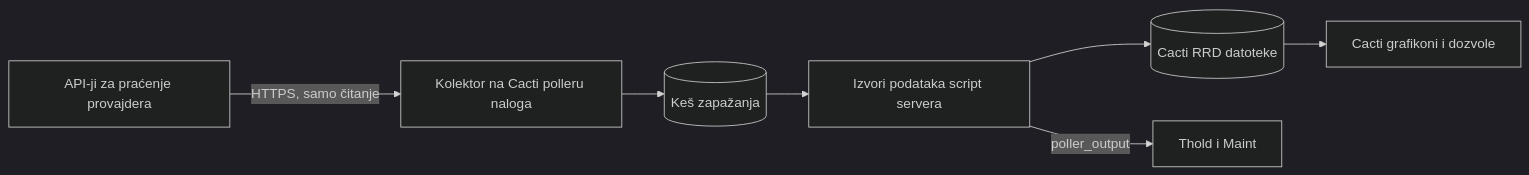
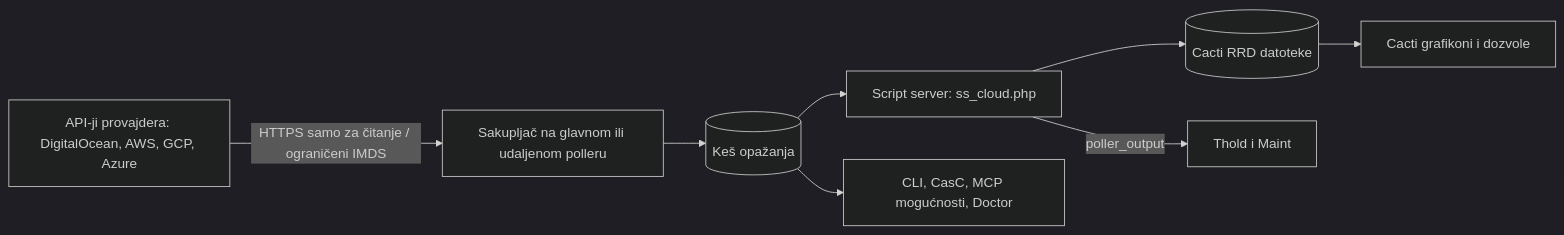
One commit to somethingwithproof/plugin_cloud changed the diagram in docs/i18n/bs-BA/README.md. Above: the diagram before and after it, drawn with Mermaid (dark theme). The commit also changed other lines of this file and 48 other files, not shown here.

First line of the commit message:
docs(readme): document AWS, GCP, Azure drivers, remote collectors, and ecosystem hooks

````diff
--- a/docs/i18n/bs-BA/README.md
+++ b/docs/i18n/bs-BA/README.md
@@ -100,9 +148,10 @@
 ```mermaid
 flowchart LR
-    API[API-ji za praćenje provajdera] -->|HTTPS, samo čitanje| C[Kolektor na Cacti polleru naloga]
-    C --> O[(Keš zapažanja)]
-    O --> SS[Izvori podataka script servera]
+    API["API-ji provajdera: DigitalOcean, AWS, GCP, Azure"] -->|HTTPS samo za čitanje / ograničeni IMDS| C["Sakupljač na glavnom ili udaljenom polleru"]
+    C --> O[(Keš opažanja)]
+    O --> SS["Script server: ss_cloud.php"]
     SS --> RRD[(Cacti RRD datoteke)]
     SS -->|poller_output| T[Thold i Maint]
     RRD --> G[Cacti grafikoni i dozvole]
+    O --> ECO["CLI, CasC, MCP mogućnosti, Doctor"]
 ```
````
